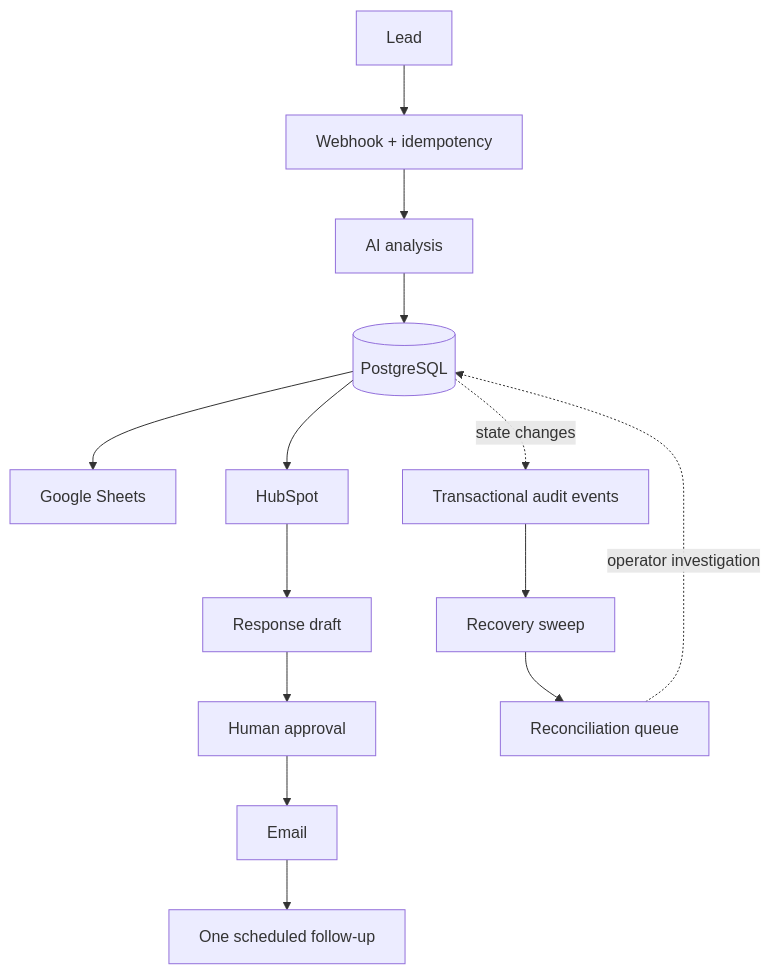
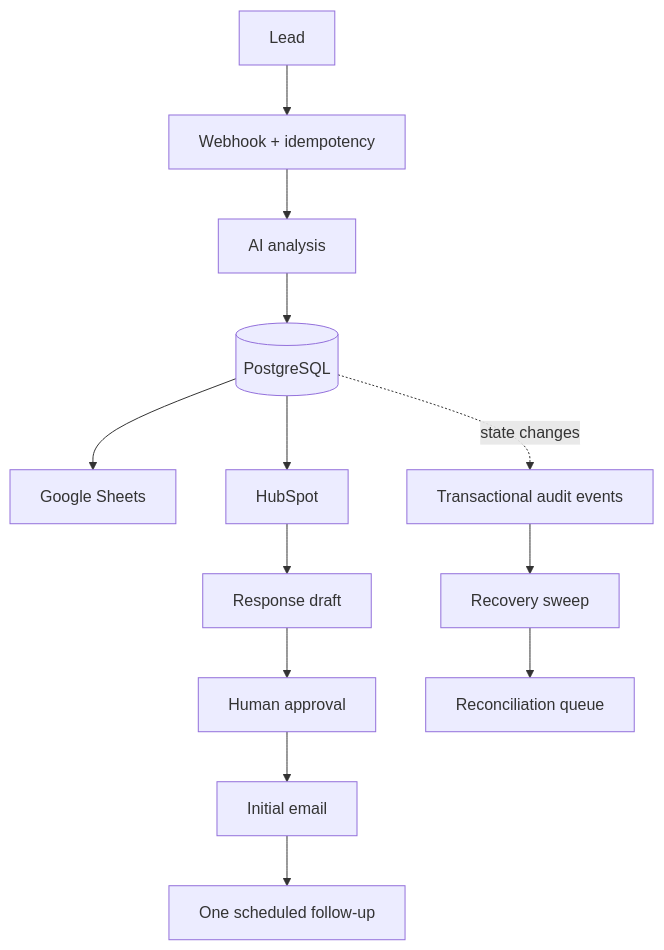
The diagram in README.md (sudhar-shan01/flowpilot), drawn with Mermaid before and after one commit. The commit also changed other lines of this file and 3 other files, not shown here.

````diff
--- a/README.md
+++ b/README.md
@@ -87,17 +21,15 @@
 ```mermaid
 flowchart TD
     Lead[Lead] --> Intake[Webhook + idempotency]
     Intake --> AI[AI analysis]
     AI --> DB[(PostgreSQL)]
     DB --> Sheets[Google Sheets]
     DB --> HubSpot[HubSpot]
     HubSpot --> Draft[Response draft]
     Draft --> Approval[Human approval]
-    Approval --> Email[Email]
+    Approval --> Email[Initial email]
     Email --> Followup[One scheduled follow-up]
-
-    Audit[Transactional audit events] --> Recovery[Recovery sweep]
+    DB -. state changes .-> Audit[Transactional audit events]
+    Audit --> Recovery[Recovery sweep]
     Recovery --> Queue[Reconciliation queue]
-    DB -. state changes .-> Audit
-    Queue -. operator investigation .-> DB
 ```
````
